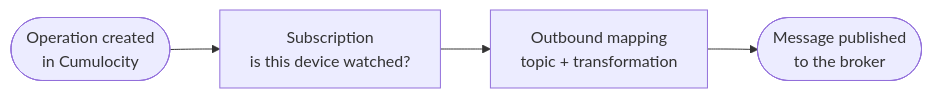
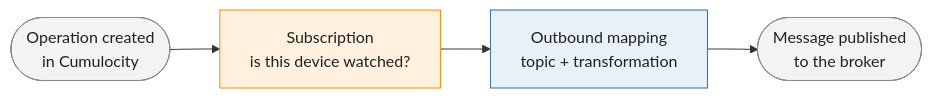
Before and after one commit to Cumulocity-IoT/cumulocity-dynamic-mapper: the diagram in dynamic-mapper-ui/public/docs/quickstart-outbound.md, drawn with Mermaid. The commit also changed 18 other files, not shown here.

Commit message:
color mermaid diagrams

````diff
--- a/dynamic-mapper-ui/public/docs/quickstart-outbound.md
+++ b/dynamic-mapper-ui/public/docs/quickstart-outbound.md
@@ -25,9 +25,16 @@
 ```mermaid
 flowchart LR
     c8y(["Operation created<br/>in Cumulocity"])
     sub["Subscription<br/>is this device watched?"]
     map["Outbound mapping<br/>topic + transformation"]
     broker(["Message published<br/>to the broker"])
 
     c8y --> sub --> map --> broker
+
+    classDef edge fill:#f3f3f3,stroke:#8a8a8a,color:#212121;
+    classDef warn fill:#fff1de,stroke:#FF8800,color:#212121;
+    classDef outbound fill:#e8f0fa,stroke:#316ca8,color:#212121;
+    class c8y,broker edge;
+    class sub warn;
+    class map outbound;
 ```
````
